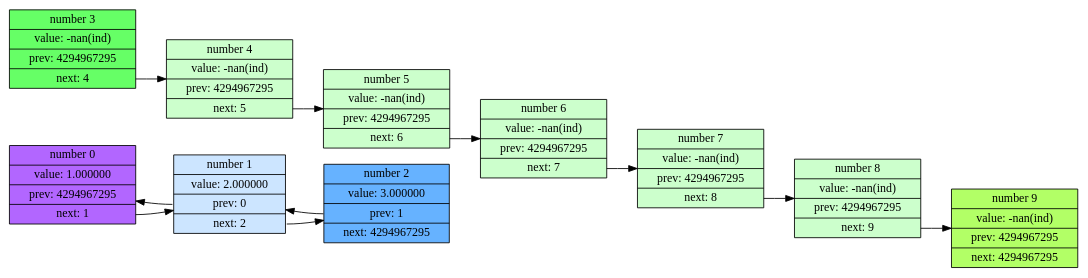
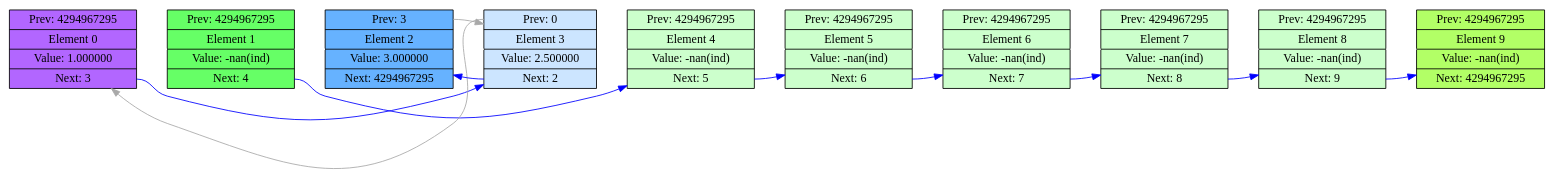
The diagram in Graph/out.dot (AndreyVV-100/List), drawn with Graphviz before and after one commit. The commit also changed 3 other files, not shown here.

```diff
--- a/Graph/out.dot
+++ b/Graph/out.dot
@@ -1,23 +1,32 @@
 digraph G{
 rankdir = LR;
-unit0 [style="filled",                                       fillcolor = "#B266FF"                                     shape = record,                                         label = "number  0 |                                            value: 1.000000 |                                     <prev> prev:   4294967295 |                                     <next> next:   1"];
-unit1 [style="filled",                                       fillcolor = "#CCE5FF"                                     shape = record,                                         label = "number  1 |                                            value: 2.000000 |                                     <prev> prev:   0 |                                     <next> next:   2"];
-unit2 [style="filled",                                       fillcolor = "#66B2FF"                                     shape = record,                                         label = "number  2 |                                            value: 3.000000 |                                     <prev> prev:   1 |                                     <next> next:   4294967295"];
-unit3 [style="filled",                                       fillcolor = "#66FF66"                                     shape = record,                                         label = "number  3 |                                            value: -nan(ind) |                                     <prev> prev:   4294967295 |                                     <next> next:   4"];
-unit4 [style="filled",                                       fillcolor = "#CCFFCC"                                     shape = record,                                         label = "number  4 |                                            value: -nan(ind) |                                     <prev> prev:   4294967295 |                                     <next> next:   5"];
-unit5 [style="filled",                                       fillcolor = "#CCFFCC"                                     shape = record,                                         label = "number  5 |                                            value: -nan(ind) |                                     <prev> prev:   4294967295 |                                     <next> next:   6"];
-unit6 [style="filled",                                       fillcolor = "#CCFFCC"                                     shape = record,                                         label = "number  6 |                                            value: -nan(ind) |                                     <prev> prev:   4294967295 |                                     <next> next:   7"];
-unit7 [style="filled",                                       fillcolor = "#CCFFCC"                                     shape = record,                                         label = "number  7 |                                            value: -nan(ind) |                                     <prev> prev:   4294967295 |                                     <next> next:   8"];
-unit8 [style="filled",                                       fillcolor = "#CCFFCC"                                     shape = record,                                         label = "number  8 |                                            value: -nan(ind) |                                     <prev> prev:   4294967295 |                                     <next> next:   9"];
-unit9 [style="filled",                                       fillcolor = "#B2FF66"                                     shape = record,                                         label = "number  9 |                                            value: -nan(ind) |                                     <prev> prev:   4294967295 |                                     <next> next:   4294967295"];
-unit0:<next> -> unit1;
-unit1:<prev> -> unit0;
-unit1:<next> -> unit2;
-unit2:<prev> -> unit1;
-unit3:<next> -> unit4;
-unit4:<next> -> unit5;
-unit5:<next> -> unit6;
-unit6:<next> -> unit7;
-unit7:<next> -> unit8;
-unit8:<next> -> unit9;
+unit0 [style="filled",                                       fillcolor = "#B266FF"                                     shape = record,                                         label = "                                                 <prev> Prev:   4294967295 |                                            Element 0 |                                            Value: 1.000000 |                                     <next> Next:   3"];
+unit1 [style="filled",                                       fillcolor = "#66FF66"                                     shape = record,                                         label = "                                                 <prev> Prev:   4294967295 |                                            Element 1 |                                            Value: -nan(ind) |                                     <next> Next:   4"];
+unit2 [style="filled",                                       fillcolor = "#66B2FF"                                     shape = record,                                         label = "                                                 <prev> Prev:   3 |                                            Element 2 |                                            Value: 3.000000 |                                     <next> Next:   4294967295"];
+unit3 [style="filled",                                       fillcolor = "#CCE5FF"                                     shape = record,                                         label = "                                                 <prev> Prev:   0 |                                            Element 3 |                                            Value: 2.500000 |                                     <next> Next:   2"];
+unit4 [style="filled",                                       fillcolor = "#CCFFCC"                                     shape = record,                                         label = "                                                 <prev> Prev:   4294967295 |                                            Element 4 |                                            Value: -nan(ind) |                                     <next> Next:   5"];
+unit5 [style="filled",                                       fillcolor = "#CCFFCC"                                     shape = record,                                         label = "                                                 <prev> Prev:   4294967295 |                                            Element 5 |                                            Value: -nan(ind) |                                     <next> Next:   6"];
+unit6 [style="filled",                                       fillcolor = "#CCFFCC"                                     shape = record,                                         label = "                                                 <prev> Prev:   4294967295 |                                            Element 6 |                                            Value: -nan(ind) |                                     <next> Next:   7"];
+unit7 [style="filled",                                       fillcolor = "#CCFFCC"                                     shape = record,                                         label = "                                                 <prev> Prev:   4294967295 |                                            Element 7 |                                            Value: -nan(ind) |                                     <next> Next:   8"];
+unit8 [style="filled",                                       fillcolor = "#CCFFCC"                                     shape = record,                                         label = "                                                 <prev> Prev:   4294967295 |                                            Element 8 |                                            Value: -nan(ind) |                                     <next> Next:   9"];
+unit9 [style="filled",                                       fillcolor = "#B2FF66"                                     shape = record,                                         label = "                                                 <prev> Prev:   4294967295 |                                            Element 9 |                                            Value: -nan(ind) |                                     <next> Next:   4294967295"];
+unit0 -> unit1 [color = "white" truecolor = true];
+unit1 -> unit2 [color = "white" truecolor = true];
+unit2 -> unit3 [color = "white" truecolor = true];
+unit3 -> unit4 [color = "white" truecolor = true];
+unit4 -> unit5 [color = "white" truecolor = true];
+unit5 -> unit6 [color = "white" truecolor = true];
+unit6 -> unit7 [color = "white" truecolor = true];
+unit7 -> unit8 [color = "white" truecolor = true];
+unit8 -> unit9 [color = "white" truecolor = true];
+unit0:<next> -> unit3 [color = "blue" constraint = false];
+unit1:<next> -> unit4 [color = "blue" constraint = false];
+unit2:<prev> -> unit3 [color = "darkgray" constraint = false];
+unit3:<prev> -> unit0 [color = "darkgray" constraint = false];
+unit3:<next> -> unit2 [color = "blue" constraint = false];
+unit4:<next> -> unit5 [color = "blue" constraint = false];
+unit5:<next> -> unit6 [color = "blue" constraint = false];
+unit6:<next> -> unit7 [color = "blue" constraint = false];
+unit7:<next> -> unit8 [color = "blue" constraint = false];
+unit8:<next> -> unit9 [color = "blue" constraint = false];
 }
```
